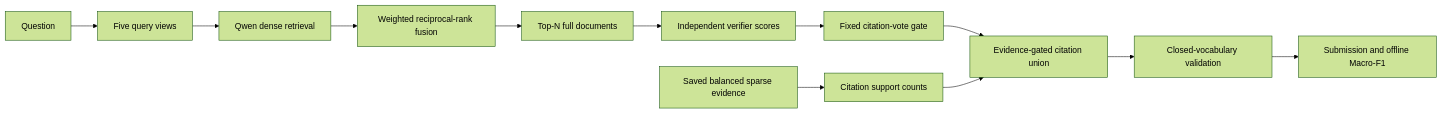
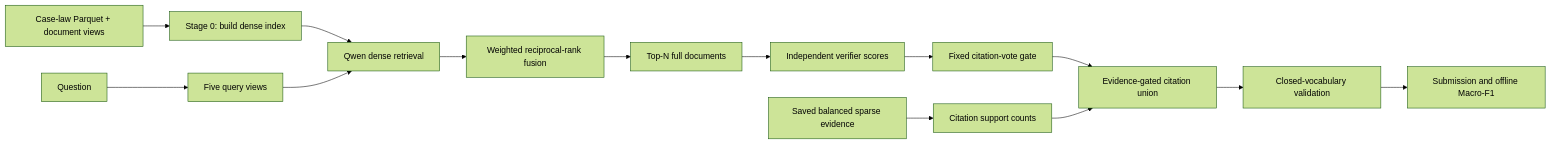
Before and after one commit to Qassim99/BetterCallAgent-Paper: the first of 2 diagrams in docs/architecture.md, drawn with Mermaid (forest theme). The commit also changed other lines of this file and 20 other files, not shown here.

Commit message:
Add reproducible dense index builder (#9)

````diff
--- a/docs/architecture.md
+++ b/docs/architecture.md
@@ -8,14 +8,16 @@
 ```mermaid
 flowchart LR
+    P["Case-law Parquet + document views"] --> I0["Stage 0: build dense index"]
+    I0 --> C
     A["Question"] --> B["Five query views"]
     B --> C["Qwen dense retrieval"]
     C --> D["Weighted reciprocal-rank fusion"]
     D --> E["Top-N full documents"]
     E --> F["Independent verifier scores"]
     F --> G["Fixed citation-vote gate"]
     H["Saved balanced sparse evidence"] --> I["Citation support counts"]
     G --> J["Evidence-gated citation union"]
     I --> J
     J --> K["Closed-vocabulary validation"]
     K --> L["Submission and offline Macro-F1"]
 ```
````
